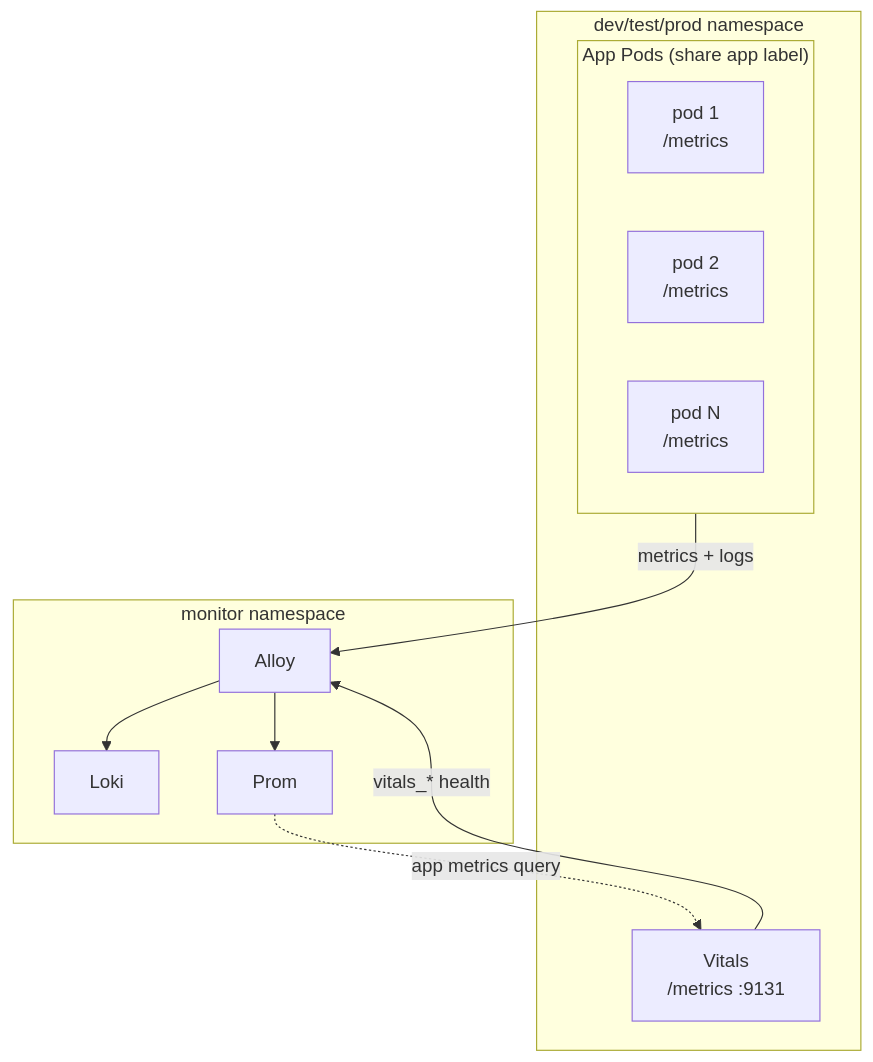
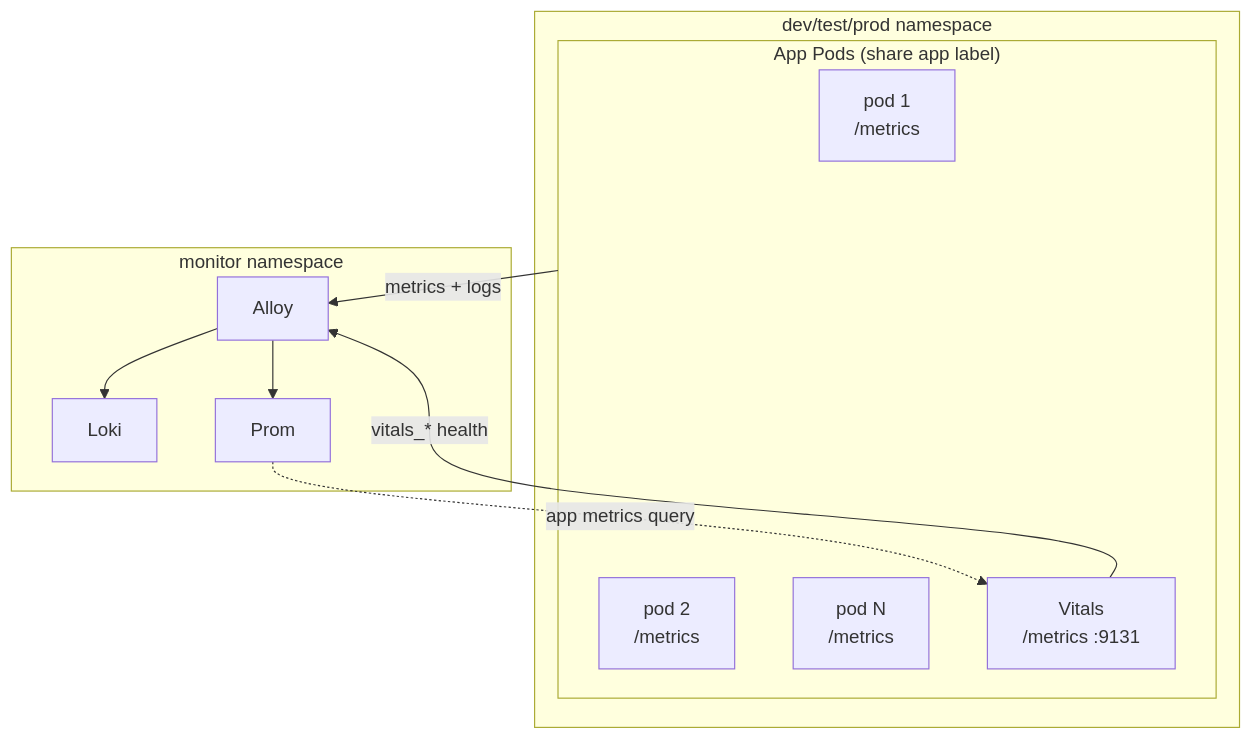
Before and after one commit to Kord96/kordinate: the diagram in docs/reference/patterns/observability-contract.md, drawn with Mermaid.

Commit message:
docs: move Vitals inside App Pods group — shares app label [scribe]

````diff
--- a/docs/reference/patterns/observability-contract.md
+++ b/docs/reference/patterns/observability-contract.md
@@ -7,19 +7,19 @@
 ```mermaid
 flowchart TB
     subgraph ns[dev/test/prod namespace]
         subgraph pods["App Pods (share app label)"]
             P1[pod 1<br/>/metrics]
             P2[pod 2<br/>/metrics]
             PN[pod N<br/>/metrics]
+            VIT[Vitals<br/>/metrics :9131]
         end
-        VIT[Vitals<br/>/metrics :9131]
     end
 
     subgraph gw[monitor namespace]
         AL[Alloy] --> LK[Loki] & PR[Prom]
     end
 
     pods -->|metrics + logs| AL
     VIT -->|vitals_* health| AL
     PR -.->|app metrics query| VIT
 ```
````
